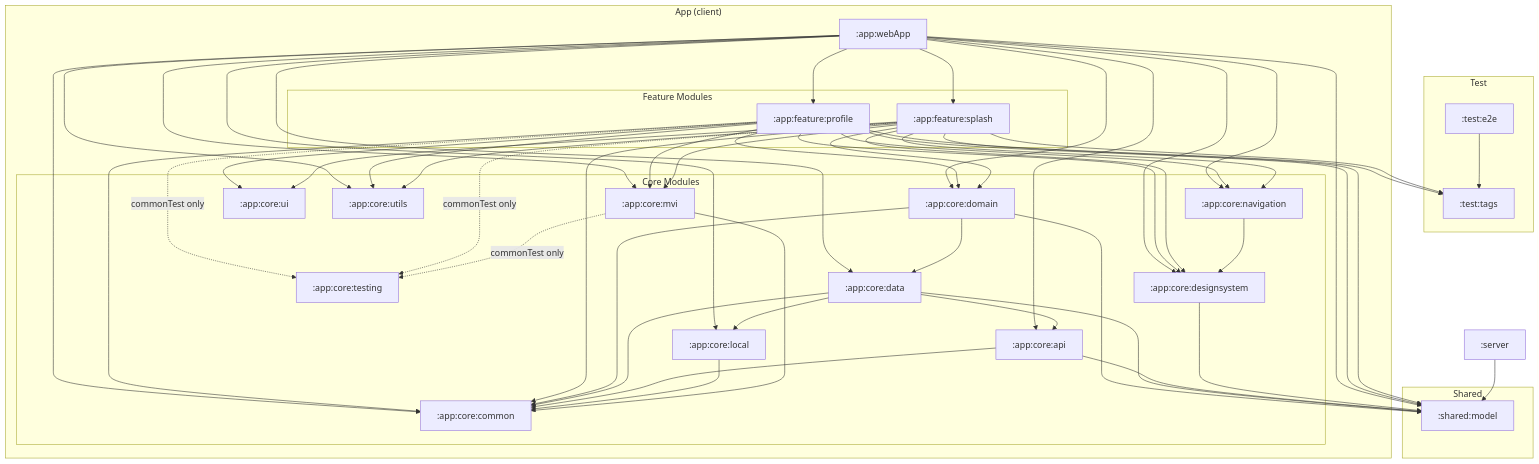
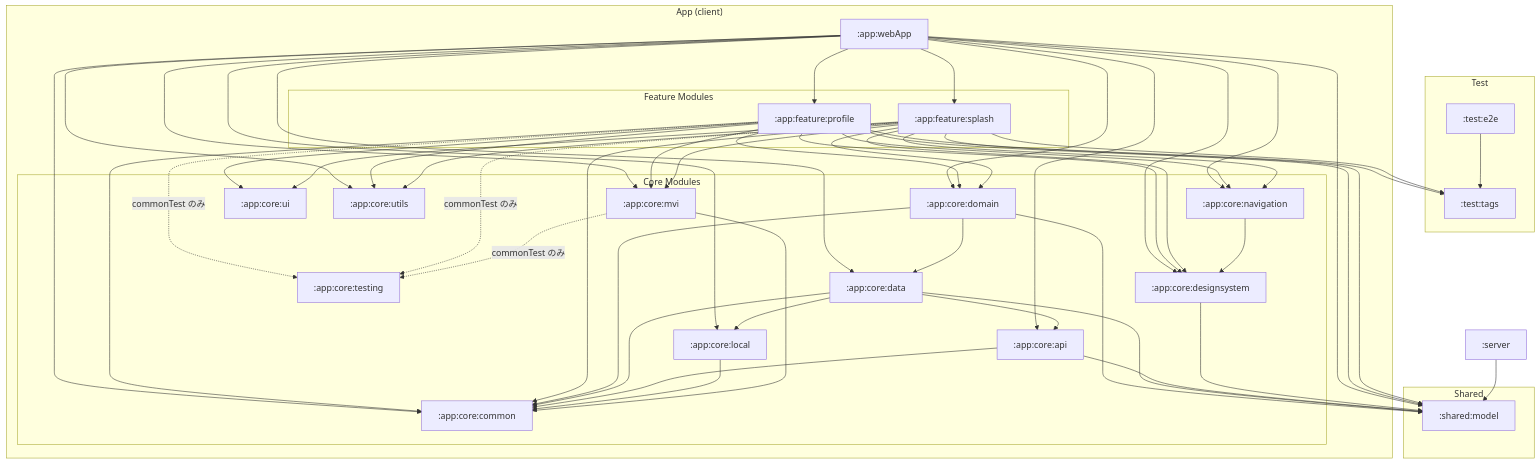
One commit to kei-1111/kei-1111.github.io changed the diagram in docs/ModuleOverview.md. Above: the diagram before and after it, drawn with Mermaid. The commit also changed other lines of this file and 9 other files, not shown here.

````diff
--- a/docs/ModuleOverview.md
+++ b/docs/ModuleOverview.md
@@ -13,54 +13,54 @@
 ```mermaid
 flowchart TB
     subgraph "Shared"
         model[":shared:model"]
     end
 
     subgraph "Test"
         testTags[":test:tags"]
         testE2e[":test:e2e"]
     end
 
     server[":server"]
 
     subgraph "App (client)"
         webApp[":app:webApp"]
 
         subgraph "Feature Modules"
             profile[":app:feature:profile"]
             splash[":app:feature:splash"]
         end
 
         subgraph "Core Modules"
             domain[":app:core:domain"]
             data[":app:core:data"]
             api[":app:core:api"]
             local[":app:core:local"]
             designsystem[":app:core:designsystem"]
             mvi[":app:core:mvi"]
             navigation[":app:core:navigation"]
             testing[":app:core:testing"]
             ui[":app:core:ui"]
             common[":app:core:common"]
             utils[":app:core:utils"]
         end
     end
 
     webApp --> profile & splash
     webApp --> api & common & data & designsystem & domain & local & mvi & navigation & utils & model
 
     profile & splash --> common & designsystem & domain & mvi & navigation & ui & utils & model & testTags
-    profile & splash & mvi -. commonTest only .-> testing
+    profile & splash & mvi -. commonTest のみ .-> testing
 
     domain --> common & data & model
     data --> api & common & local & model
     api --> common & model
     local --> common
     mvi --> common
     navigation --> designsystem
     designsystem --> model
 
     server --> model
 
     testE2e --> testTags
 ```
````
